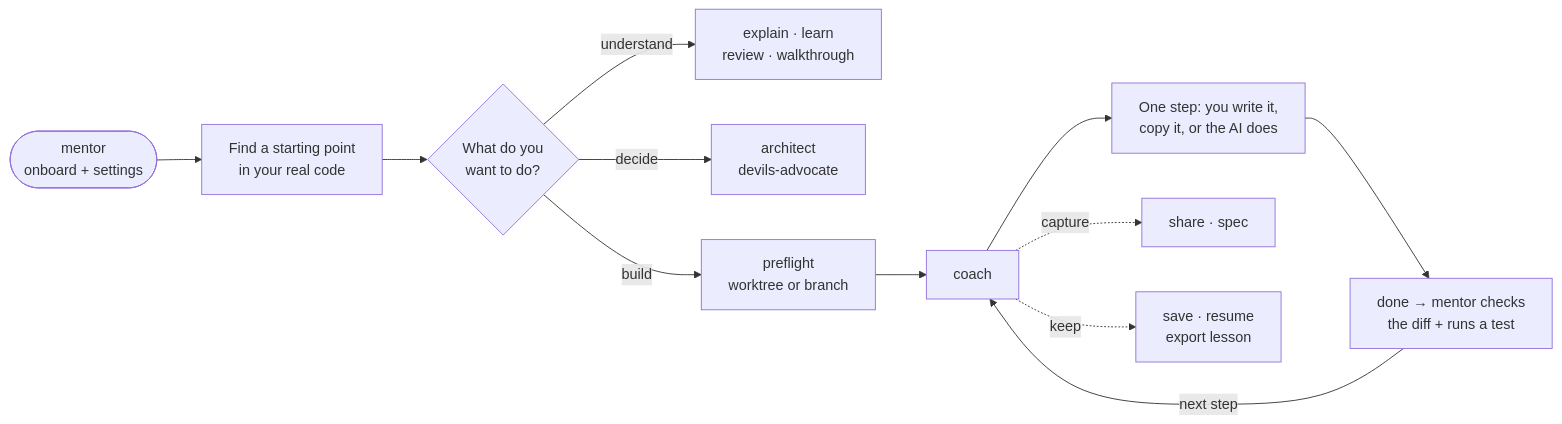
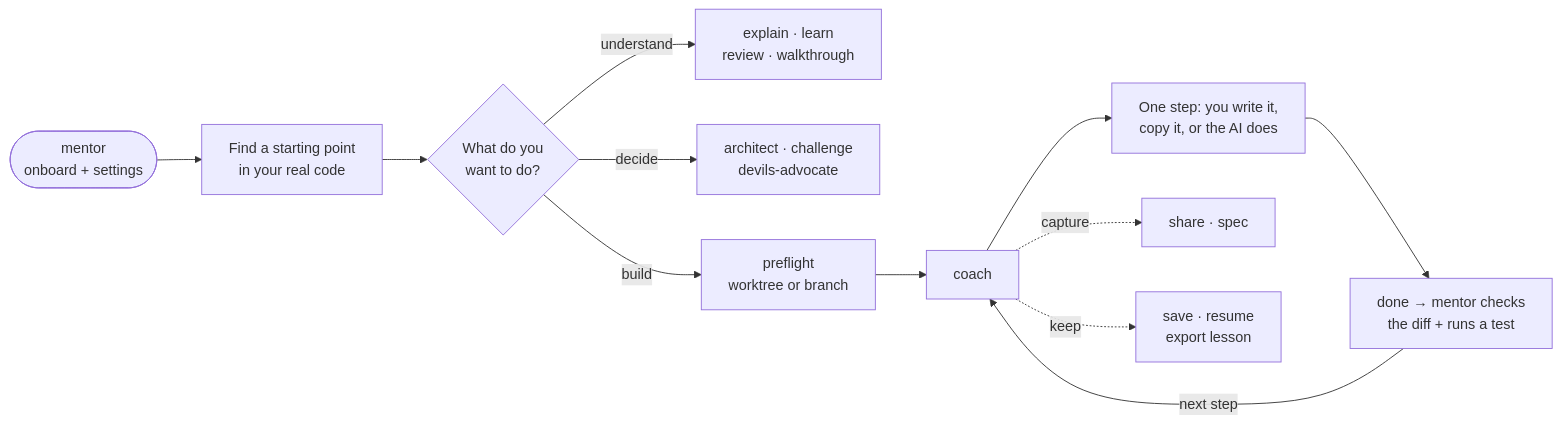
One commit to SirL0fty/dev-mentor changed the diagram in README.md. Above: the diagram before and after it, drawn with Mermaid. The commit also changed other lines of this file and 10 other files, not shown here.

````diff
--- a/README.md
+++ b/README.md
@@ -78,12 +78,12 @@
 ```mermaid
 flowchart LR
     Start(["mentor<br/>onboard + settings"]) --> Where["Find a starting point<br/>in your real code"]
     Where --> Pick{"What do you<br/>want to do?"}
     Pick -->|understand| U["explain · learn<br/>review · walkthrough"]
-    Pick -->|decide| D["architect<br/>devils-advocate"]
+    Pick -->|decide| D["architect · challenge<br/>devils-advocate"]
     Pick -->|build| PF["preflight<br/>worktree or branch"] --> C["coach"]
     C --> Edit["One step: you write it,<br/>copy it, or the AI does"] --> Check["done → mentor checks<br/>the diff + runs a test"]
     Check -->|next step| C
     C -. capture .-> S["share · spec"]
     C -. keep .-> L["save · resume<br/>export lesson"]
 ```
````
